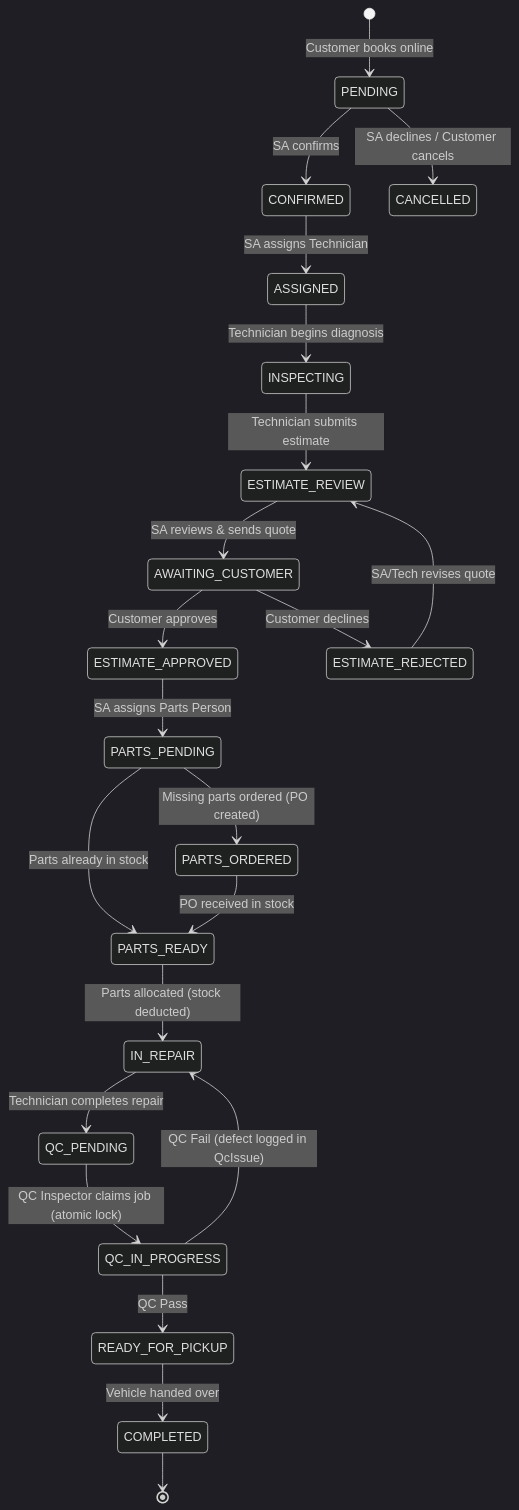
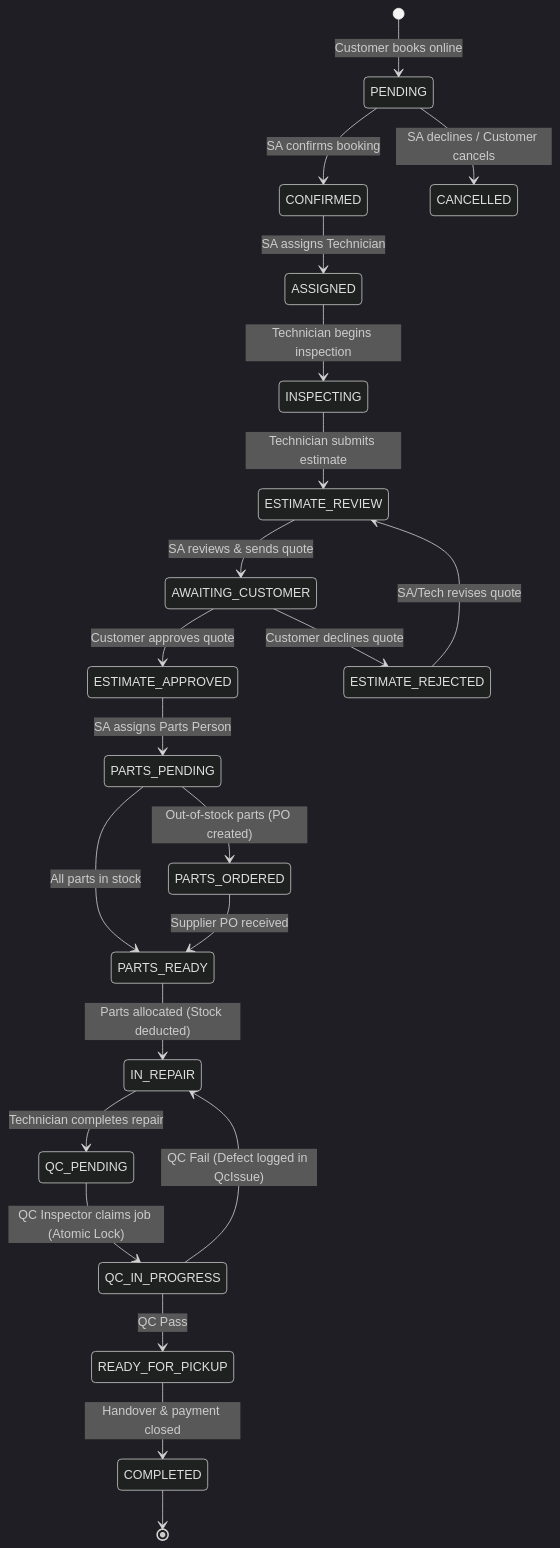
Before and after one commit to MazharAbbas95/BYFLOW: the diagram in README.md, drawn with Mermaid (dark theme). The commit also changed other lines of this file and 25 other files, not shown here.

````diff
--- a/README.md
+++ b/README.md
@@ -121,24 +246,24 @@
 ```mermaid
 stateDiagram-v2
     [*] --> PENDING: Customer books online
-    PENDING --> CONFIRMED: SA confirms
+    PENDING --> CONFIRMED: SA confirms booking
     PENDING --> CANCELLED: SA declines / Customer cancels
     CONFIRMED --> ASSIGNED: SA assigns Technician
-    ASSIGNED --> INSPECTING: Technician begins diagnosis
+    ASSIGNED --> INSPECTING: Technician begins inspection
     INSPECTING --> ESTIMATE_REVIEW: Technician submits estimate
     ESTIMATE_REVIEW --> AWAITING_CUSTOMER: SA reviews & sends quote
-    AWAITING_CUSTOMER --> ESTIMATE_APPROVED: Customer approves
-    AWAITING_CUSTOMER --> ESTIMATE_REJECTED: Customer declines
+    AWAITING_CUSTOMER --> ESTIMATE_APPROVED: Customer approves quote
+    AWAITING_CUSTOMER --> ESTIMATE_REJECTED: Customer declines quote
     ESTIMATE_REJECTED --> ESTIMATE_REVIEW: SA/Tech revises quote
     ESTIMATE_APPROVED --> PARTS_PENDING: SA assigns Parts Person
-    PARTS_PENDING --> PARTS_ORDERED: Missing parts ordered (PO created)
-    PARTS_PENDING --> PARTS_READY: Parts already in stock
-    PARTS_ORDERED --> PARTS_READY: PO received in stock
-    PARTS_READY --> IN_REPAIR: Parts allocated (stock deducted)
+    PARTS_PENDING --> PARTS_ORDERED: Out-of-stock parts (PO created)
+    PARTS_PENDING --> PARTS_READY: All parts in stock
+    PARTS_ORDERED --> PARTS_READY: Supplier PO received
+    PARTS_READY --> IN_REPAIR: Parts allocated (Stock deducted)
     IN_REPAIR --> QC_PENDING: Technician completes repair
-    QC_PENDING --> QC_IN_PROGRESS: QC Inspector claims job (atomic lock)
-    QC_IN_PROGRESS --> IN_REPAIR: QC Fail (defect logged in QcIssue)
+    QC_PENDING --> QC_IN_PROGRESS: QC Inspector claims job (Atomic Lock)
+    QC_IN_PROGRESS --> IN_REPAIR: QC Fail (Defect logged in QcIssue)
     QC_IN_PROGRESS --> READY_FOR_PICKUP: QC Pass
-    READY_FOR_PICKUP --> COMPLETED: Vehicle handed over
+    READY_FOR_PICKUP --> COMPLETED: Handover & payment closed
     COMPLETED --> [*]
 ```
````
